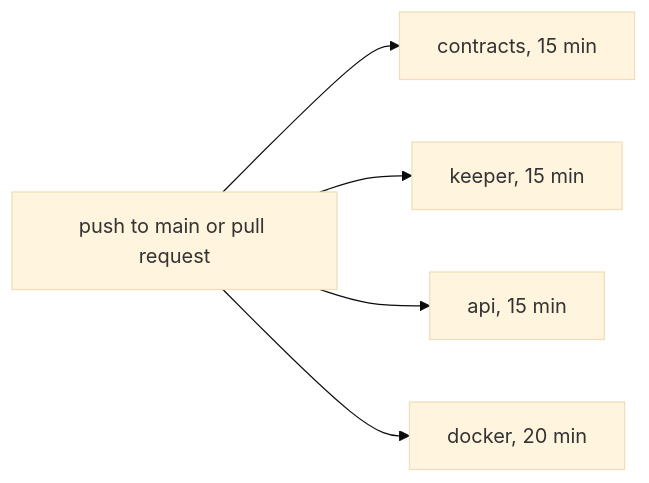
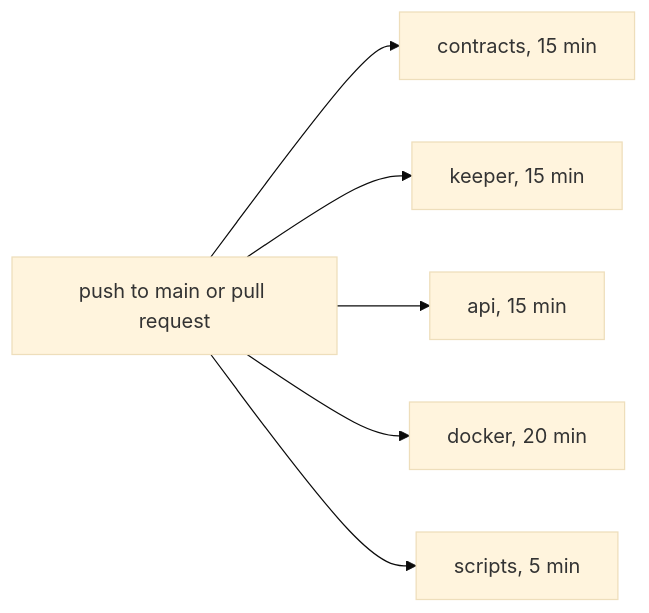
The diagram in docs/wiki/Testing.md (RunTimeAdmin/levy), drawn with Mermaid (base theme) before and after one commit. The commit also changed other lines of this file and 3 other files, not shown here.

````diff
--- a/docs/wiki/Testing.md
+++ b/docs/wiki/Testing.md
@@ -78,7 +78,8 @@
 ```mermaid
 flowchart LR
     T["push to main or pull request"] --> C["contracts, 15 min"]
     T --> K["keeper, 15 min"]
     T --> A["api, 15 min"]
     T --> D["docker, 20 min"]
+    T --> S["scripts, 5 min"]
 ```
````
